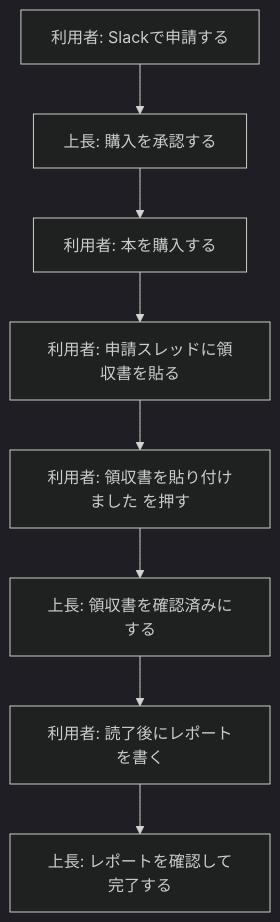
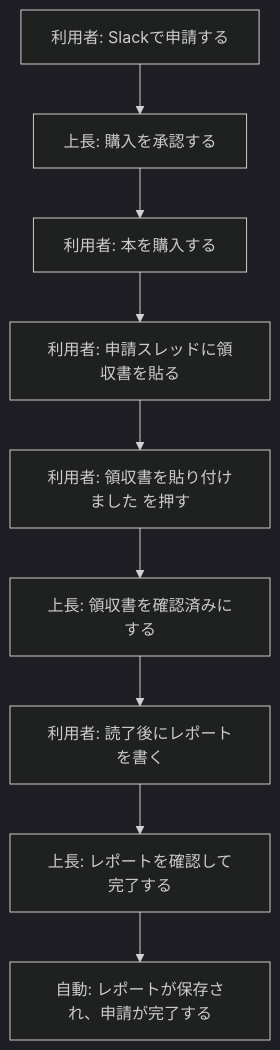
Before and after one commit to Saitekiinc-com/saiteki-study-doc: the diagram in docs/knowledge_base/slack_purchase_flow.md, drawn with Mermaid (dark theme). The commit also changed other lines of this file and 5 other files, not shown here.

Commit message:
docs: update Slack purchase flow guide

````diff
--- a/docs/knowledge_base/slack_purchase_flow.md
+++ b/docs/knowledge_base/slack_purchase_flow.md
@@ -17,10 +16,11 @@
 ```mermaid
 flowchart TD
     A["利用者: Slackで申請する"] --> B["上長: 購入を承認する"]
     B --> C["利用者: 本を購入する"]
     C --> D["利用者: 申請スレッドに領収書を貼る"]
     D --> E["利用者: 領収書を貼り付けました を押す"]
     E --> F["上長: 領収書を確認済みにする"]
     F --> G["利用者: 読了後にレポートを書く"]
     G --> H["上長: レポートを確認して完了する"]
+    H --> I["自動: レポートが保存され、申請が完了する"]
 ```
````
